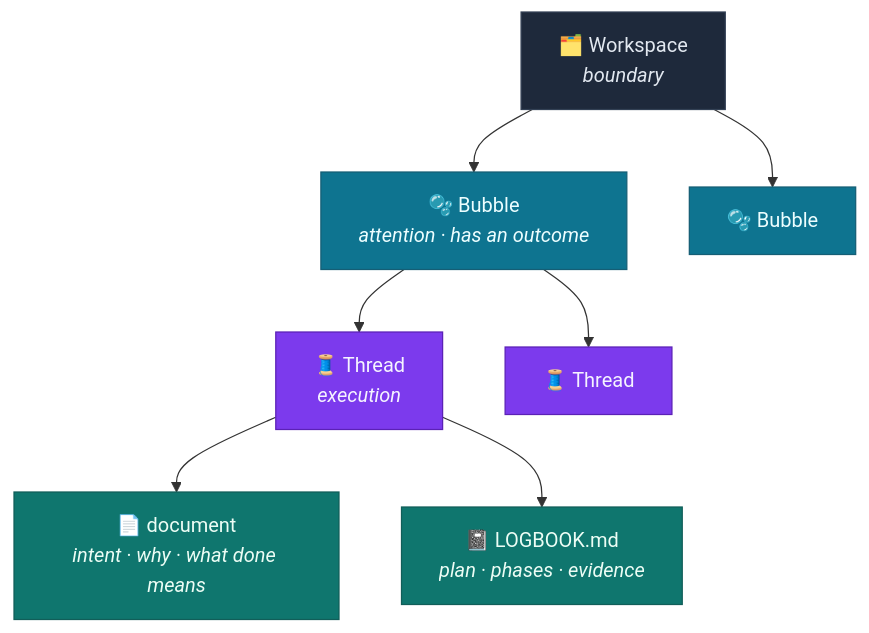
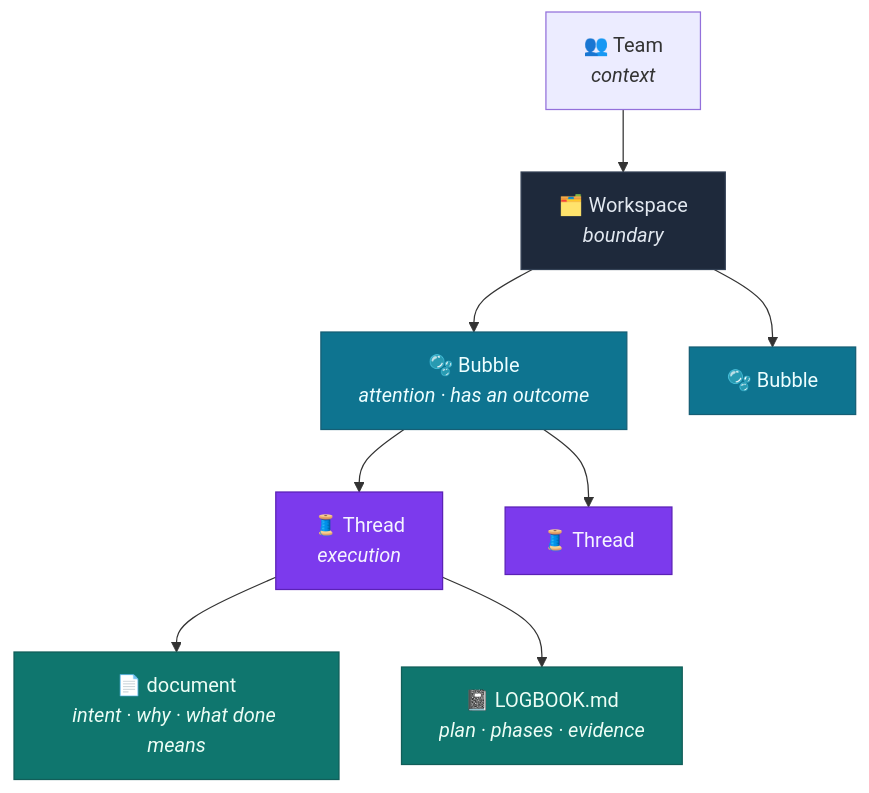
Before and after one commit to AngelMaldonado/bubble-work: the first of 4 diagrams in README.md, drawn with Mermaid. The commit also changed other lines of this file and 186 other files, not shown here.

````diff
--- a/README.md
+++ b/README.md
@@ -64,19 +65,20 @@
 ```mermaid
 flowchart TD
+    TM["👥 Team<br/><i>context</i>"] --> W
     W["🗂️ Workspace<br/><i>boundary</i>"]
     W --> B1["🫧 Bubble<br/><i>attention · has an outcome</i>"]
     W --> B2["🫧 Bubble"]
     B1 --> T1["🧵 Thread<br/><i>execution</i>"]
     B1 --> T2["🧵 Thread"]
     T1 --> BR["📄 document<br/><i>intent · why · what done means</i>"]
     T1 --> LB["📓 LOGBOOK.md<br/><i>plan · phases · evidence</i>"]
 
     classDef ws fill:#1e293b,stroke:#334155,color:#e2e8f0;
     classDef bub fill:#0e7490,stroke:#155e75,color:#ecfeff;
     classDef thr fill:#7c3aed,stroke:#5b21b6,color:#f5f3ff;
     classDef art fill:#0f766e,stroke:#115e59,color:#ecfdf5;
     class W ws;
     class B1,B2 bub;
     class T1,T2 thr;
     class BR,LB art;
 ```
````
